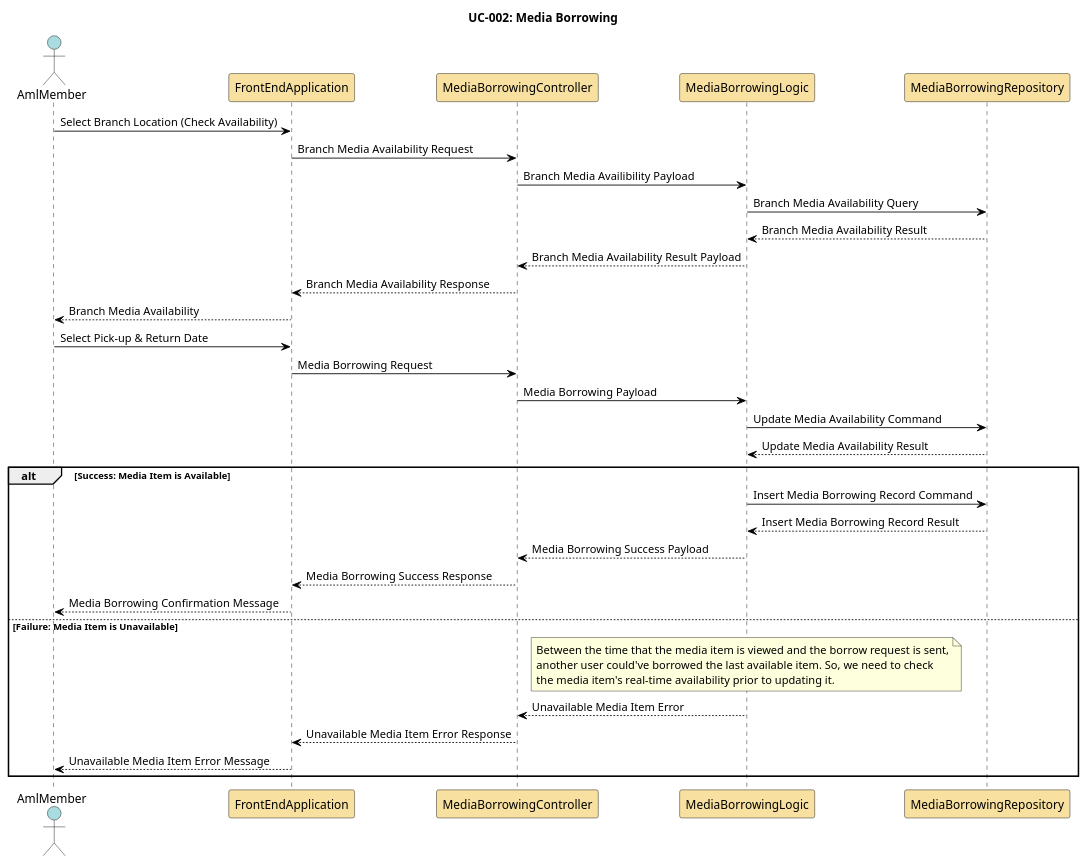
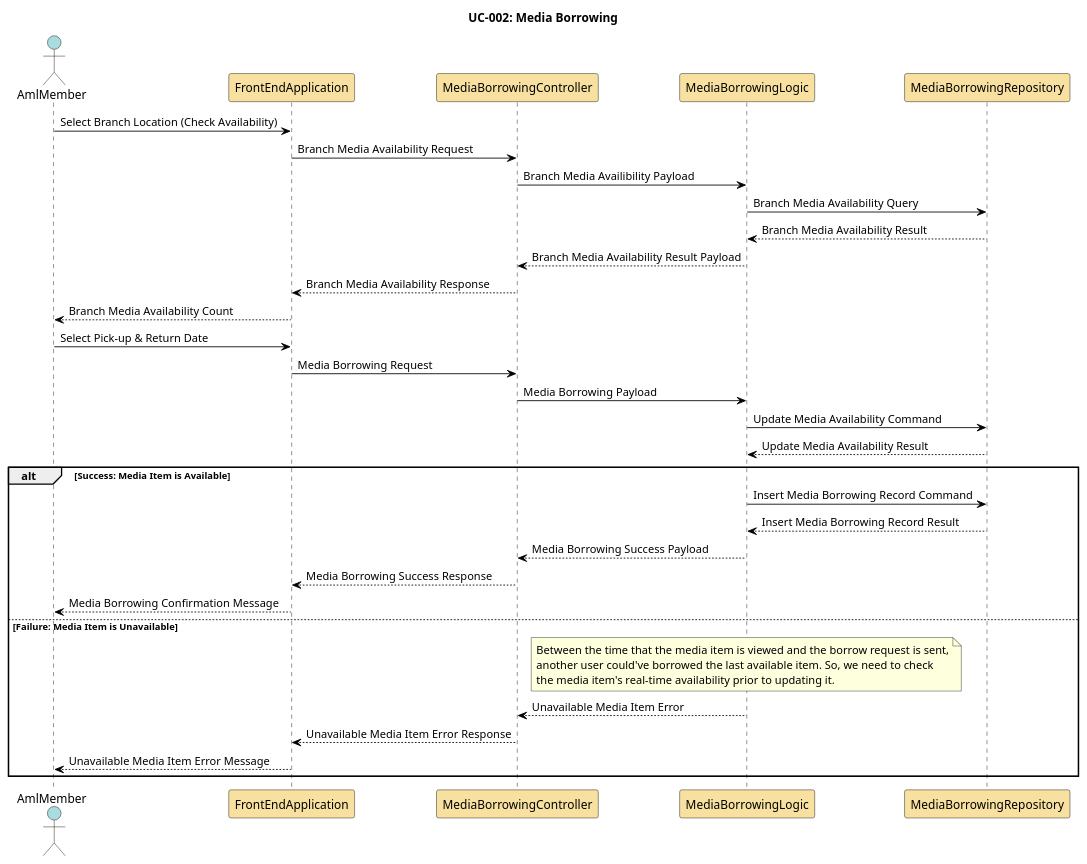
One commit to Nox-iv/group-11 changed the diagram in documentation/uml-sequence/media-borrowing/media-borrowing.puml. Above: the diagram before and after it, drawn with PlantUML.

Commit message:
Rename media borrowing sequence diagram file.

```diff
--- a/documentation/uml-sequence/media-borrowing/media-borrowing.puml
+++ b/documentation/uml-sequence/media-borrowing/media-borrowing.puml
@@ -1,57 +1,57 @@
 @startuml media-borrowing
 
 skinparam sequence {
     ActorBorderColor Black
     ActorBackgroundColor #A9DCDF
     ParticipantBorderColor Black
     ParticipantBackgroundColor #F8E1A0
     LifeLineBorderColor Black
     LifeLineBackgroundColor White
     NoteBorderColor Black
     NoteBackgroundColor #FEFECE
     ArrowColor Black
     ArrowThickness 1
     ActivationBorderColor Black
     ActivationBackgroundColor #B3E2CD
 }
 
 title UC-002: Media Borrowing
 
 actor AmlMember as aml_member
 participant FrontEndApplication as front_end
 participant MediaBorrowingController as media_borrowing_controller
 participant MediaBorrowingLogic as media_borrowing_logic
 participant MediaBorrowingRepository as media_borrowing_repo
 
 aml_member -> front_end: Select Branch Location (Check Availability)
 front_end -> media_borrowing_controller: Branch Media Availability Request
 media_borrowing_controller -> media_borrowing_logic: Branch Media Availibility Payload
 media_borrowing_logic -> media_borrowing_repo: Branch Media Availability Query
 media_borrowing_repo --> media_borrowing_logic: Branch Media Availability Result
 media_borrowing_logic --> media_borrowing_controller: Branch Media Availability Result Payload
 media_borrowing_controller --> front_end: Branch Media Availability Response
-front_end --> aml_member: Branch Media Availability 
+front_end --> aml_member: Branch Media Availability Count
 
 aml_member -> front_end: Select Pick-up & Return Date
 front_end -> media_borrowing_controller: Media Borrowing Request
 media_borrowing_controller -> media_borrowing_logic: Media Borrowing Payload
 media_borrowing_logic -> media_borrowing_repo: Update Media Availability Command
 media_borrowing_repo --> media_borrowing_logic: Update Media Availability Result
 alt Success: Media Item is Available
 media_borrowing_logic -> media_borrowing_repo: Insert Media Borrowing Record Command
 media_borrowing_repo --> media_borrowing_logic: Insert Media Borrowing Record Result
 media_borrowing_logic --> media_borrowing_controller: Media Borrowing Success Payload
 media_borrowing_controller --> front_end: Media Borrowing Success Response
 front_end --> aml_member: Media Borrowing Confirmation Message
 else Failure: Media Item is Unavailable
 note over media_borrowing_logic
 Between the time that the media item is viewed and the borrow request is sent,
 another user could've borrowed the last available item. So, we need to check
 the media item's real-time availability prior to updating it.
 end note
 media_borrowing_logic --> media_borrowing_controller: Unavailable Media Item Error
 media_borrowing_controller --> front_end: Unavailable Media Item Error Response
 front_end --> aml_member: Unavailable Media Item Error Message
 end
 
 @enduml
```
